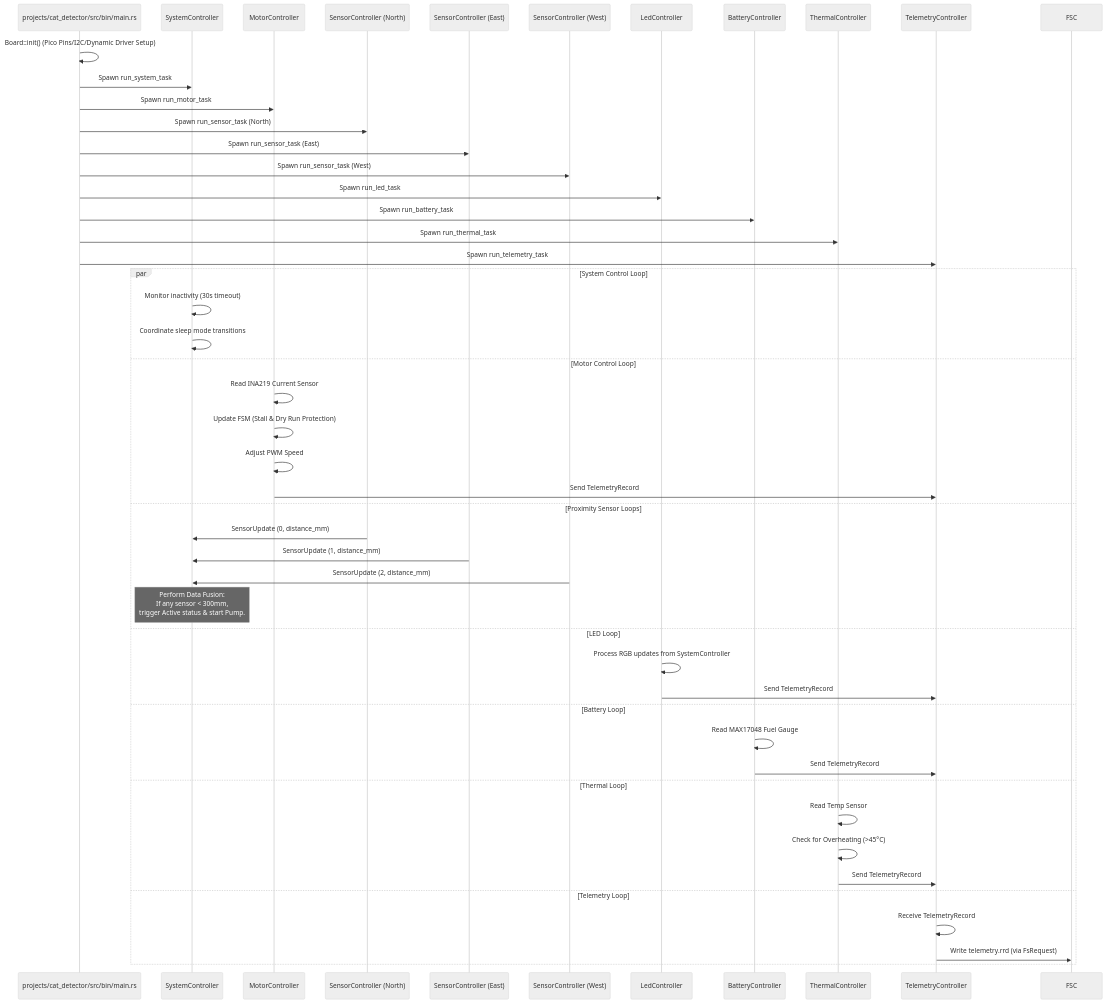
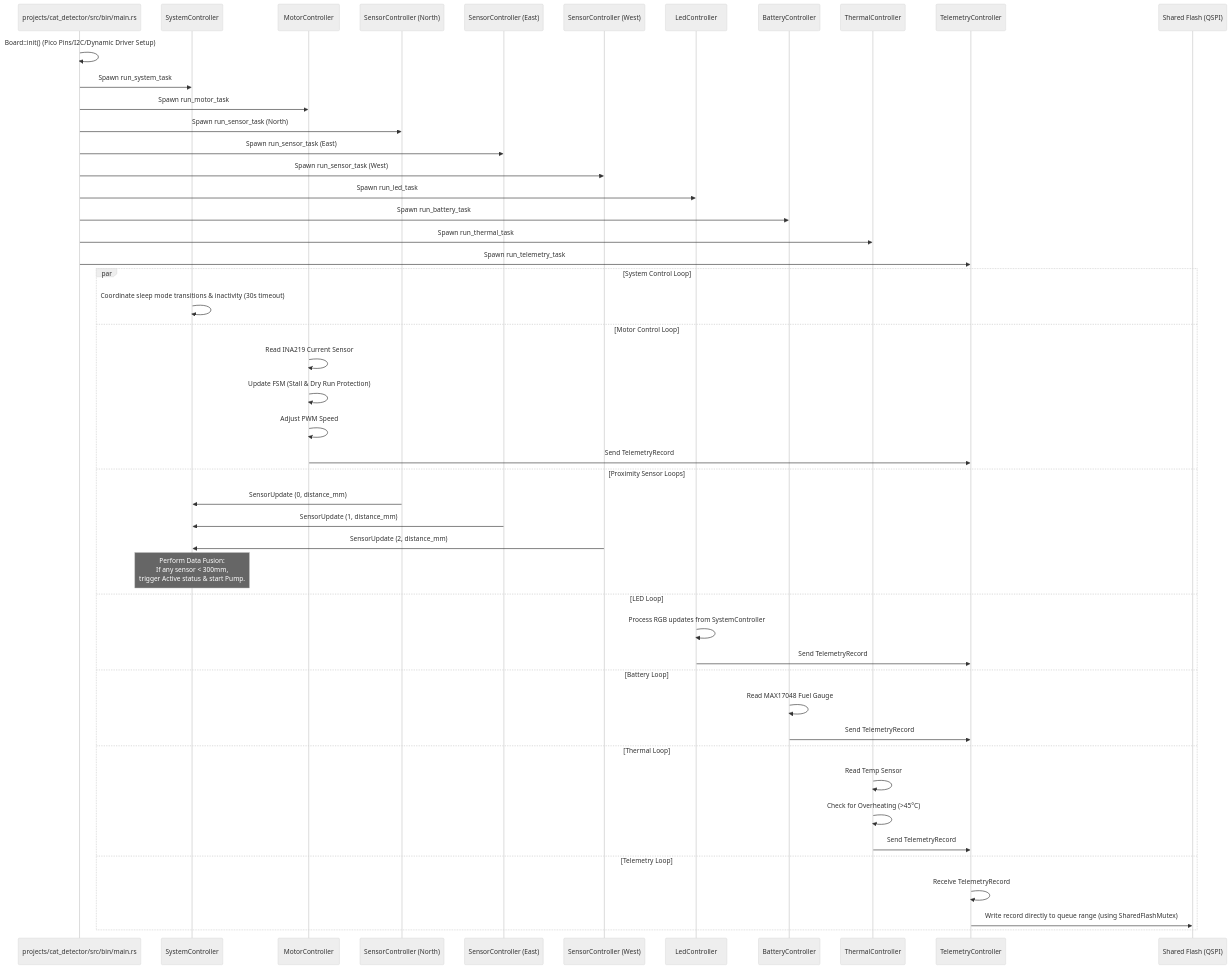
One commit to picklethecat1488-hue/firmware changed the diagram in projects/cat_detector.md. Above: the diagram before and after it, drawn with Mermaid (neutral theme). The commit also changed other lines of this file and 21 other files, not shown here.

First line of the commit message:
Switch to queue storage for device telemetry

````diff
--- a/projects/cat_detector.md
+++ b/projects/cat_detector.md
@@ -20,52 +20,52 @@
 ```mermaid
 sequenceDiagram
     Participant Main as projects/cat_detector/src/bin/main.rs
     Participant SC as SystemController
     Participant MC as MotorController
     Participant SN as SensorController (North)
     Participant SE as SensorController (East)
     Participant SW as SensorController (West)
     Participant LC as LedController
     Participant BC as BatteryController
     Participant TC as ThermalController
     Participant TMC as TelemetryController
+    Participant Flash as Shared Flash (QSPI)
 
     Main->>Main: Board::init() (Pico Pins/I2C/Dynamic Driver Setup)
     Main->>SC: Spawn run_system_task
     Main->>MC: Spawn run_motor_task
     Main->>SN: Spawn run_sensor_task (North)
     Main->>SE: Spawn run_sensor_task (East)
     Main->>SW: Spawn run_sensor_task (West)
     Main->>LC: Spawn run_led_task
     Main->>BC: Spawn run_battery_task
     Main->>TC: Spawn run_thermal_task
     Main->>TMC: Spawn run_telemetry_task
 
     par System Control Loop
-        SC->>SC: Monitor inactivity (30s timeout)
-        SC->>SC: Coordinate sleep mode transitions
+        SC->>SC: Coordinate sleep mode transitions & inactivity (30s timeout)
     and Motor Control Loop
         MC->>MC: Read INA219 Current Sensor
         MC->>MC: Update FSM (Stall & Dry Run Protection)
         MC->>MC: Adjust PWM Speed
         MC->>TMC: Send TelemetryRecord
     and Proximity Sensor Loops
         SN->>SC: SensorUpdate (0, distance_mm)
         SE->>SC: SensorUpdate (1, distance_mm)
         SW->>SC: SensorUpdate (2, distance_mm)
         Note over SC: Perform Data Fusion:<br/>If any sensor < 300mm,<br/>trigger Active status & start Pump.
     and LED Loop
         LC->>LC: Process RGB updates from SystemController
         LC->>TMC: Send TelemetryRecord
     and Battery Loop
         BC->>BC: Read MAX17048 Fuel Gauge
         BC->>TMC: Send TelemetryRecord
     and Thermal Loop
         TC->>TC: Read Temp Sensor
         TC->>TC: Check for Overheating (>45°C)
         TC->>TMC: Send TelemetryRecord
     and Telemetry Loop
         TMC->>TMC: Receive TelemetryRecord
-        TMC->>FSC: Write telemetry.rrd (via FsRequest)
+        TMC->>Flash: Write record directly to queue range (using SharedFlashMutex)
     end
 ```
````
